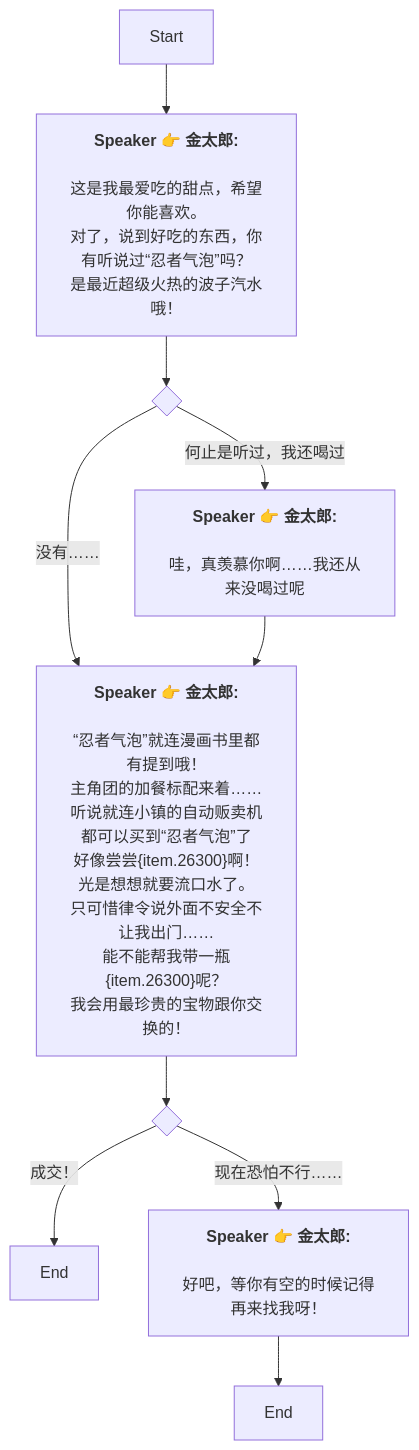
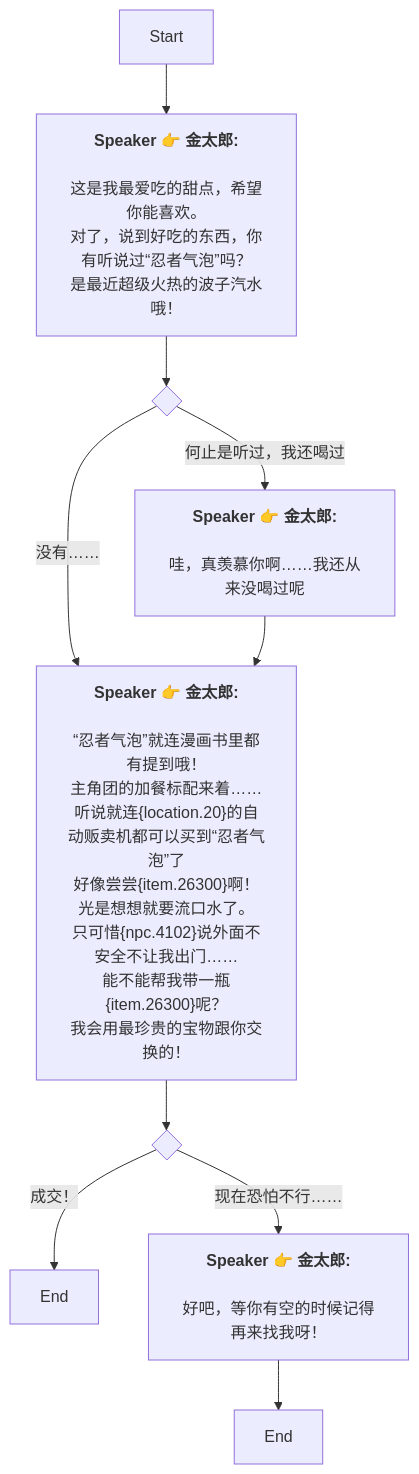
The diagram in Zh/QuestStartTalkENode_1739077652876486.md (SoftHu/tos_avg), drawn with Mermaid before and after one commit. The commit also changed 199 other files, not shown here.

````diff
--- a/Zh/QuestStartTalkENode_1739077652876486.md
+++ b/Zh/QuestStartTalkENode_1739077652876486.md
@@ -1,39 +1,39 @@
 ```mermaid
 graph
 Start -->1739077808213210[<b>Speaker 👉 金太郎:</b>
 
 这是我最爱吃的甜点，希望你能喜欢。
 对了，说到好吃的东西，你有听说过“忍者气泡”吗？
 是最近超级火热的波子汽水哦！]
 1739077808213210 -->1739077808214237{ }
 1739077808214237 -->|何止是听过，我还喝过|1739077808214238[<b>Speaker 👉 金太郎:</b>
 
 哇，真羡慕你啊……我还从来没喝过呢]
 1739077808214237 -->|没有……|1739077808214239[<b>Speaker 👉 金太郎:</b>
 
 “忍者气泡”就连漫画书里都有提到哦！
 主角团的加餐标配来着……
-听说就连小镇的自动贩卖机都可以买到“忍者气泡”了
+听说就连&lbrace;location.20&rbrace;的自动贩卖机都可以买到“忍者气泡”了
 好像尝尝&lbrace;item.26300&rbrace;啊！
 光是想想就要流口水了。
-只可惜律令说外面不安全不让我出门……
+只可惜&lbrace;npc.4102&rbrace;说外面不安全不让我出门……
 能不能帮我带一瓶&lbrace;item.26300&rbrace;呢？
 我会用最珍贵的宝物跟你交换的！]
 1739077808214238 -->1739077808214239[<b>Speaker 👉 金太郎:</b>
 
 “忍者气泡”就连漫画书里都有提到哦！
 主角团的加餐标配来着……
-听说就连小镇的自动贩卖机都可以买到“忍者气泡”了
+听说就连&lbrace;location.20&rbrace;的自动贩卖机都可以买到“忍者气泡”了
 好像尝尝&lbrace;item.26300&rbrace;啊！
 光是想想就要流口水了。
-只可惜律令说外面不安全不让我出门……
+只可惜&lbrace;npc.4102&rbrace;说外面不安全不让我出门……
 能不能帮我带一瓶&lbrace;item.26300&rbrace;呢？
 我会用最珍贵的宝物跟你交换的！]
 1739077808214239 -->1739077808215266{ }
 1739077808215266 -->|成交！|1739077808215267[End]
 1739077808215266 -->|现在恐怕不行……|1739077808215268[<b>Speaker 👉 金太郎:</b>
 
 好吧，等你有空的时候记得再来找我呀！]
 1739077808215268 -->1739077808215269[End]
 
  ```
````
